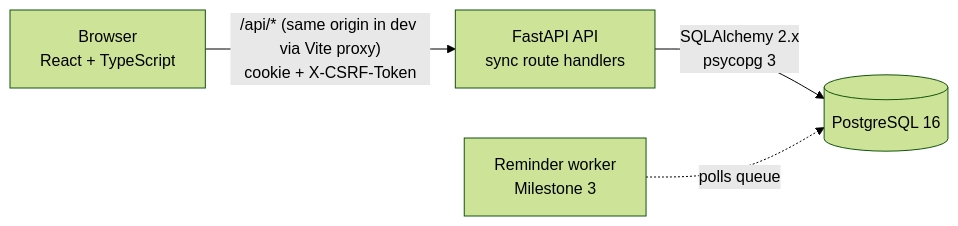
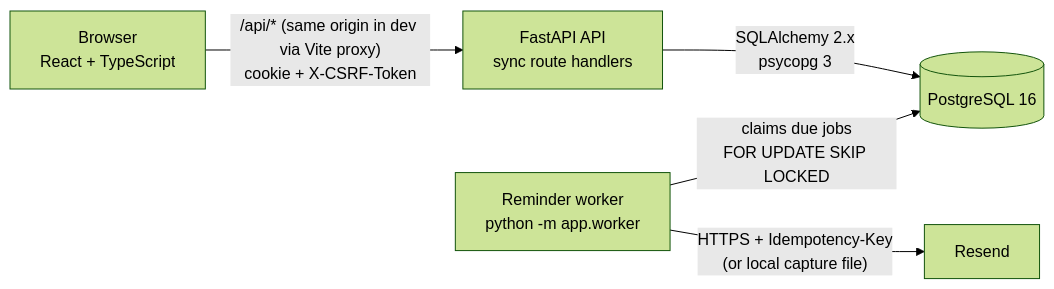
Before and after one commit to kplaza1009-create/campusflow: the first of 2 diagrams in README.md, drawn with Mermaid (forest theme). The commit also changed other lines of this file and 16 other files, not shown here.

First line of the commit message:
Document Milestone 3: reminder design, guarantees, and remaining risks

````diff
--- a/README.md
+++ b/README.md
@@ -44,6 +46,7 @@
 ```mermaid
 flowchart LR
   B[Browser<br/>React + TypeScript] -- "/api/* (same origin in dev via Vite proxy)<br/>cookie + X-CSRF-Token" --> A[FastAPI API<br/>sync route handlers]
   A -- SQLAlchemy 2.x<br/>psycopg 3 --> D[(PostgreSQL 16)]
-  W[Reminder worker<br/>Milestone 3] -. polls queue .-> D
+  W[Reminder worker<br/>python -m app.worker] -- "claims due jobs<br/>FOR UPDATE SKIP LOCKED" --> D
+  W -- "HTTPS + Idempotency-Key<br/>(or local capture file)" --> R[Resend]
 ```
````
